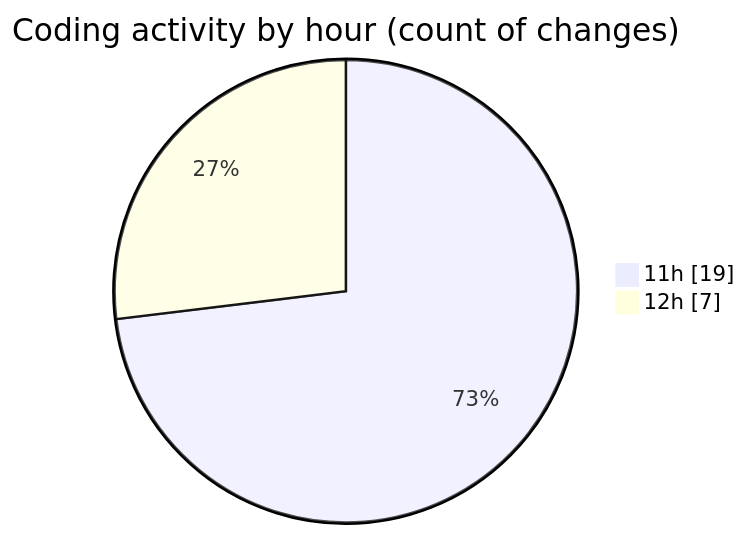
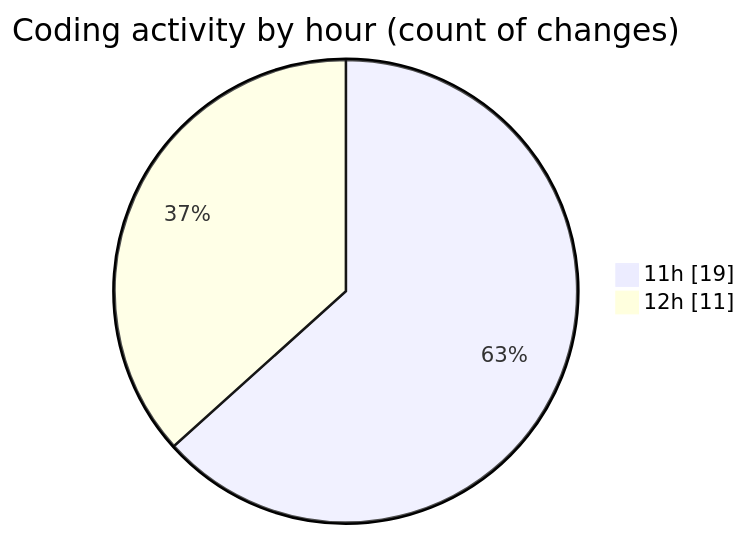
The second of 2 diagrams in 2025-10-20/scopecraft/README.md (Ritupan-Deka/code-tracking), drawn with Mermaid before and after one commit. The commit also changed other lines of this file and 1 other file, not shown here.

````diff
--- a/2025-10-20/scopecraft/README.md
+++ b/2025-10-20/scopecraft/README.md
@@ -33,6 +34,6 @@
 ```mermaid
 pie showData
 title Coding activity by hour (count of changes)
 "11h" : 19
-"12h" : 7
+"12h" : 11
 ```
````
